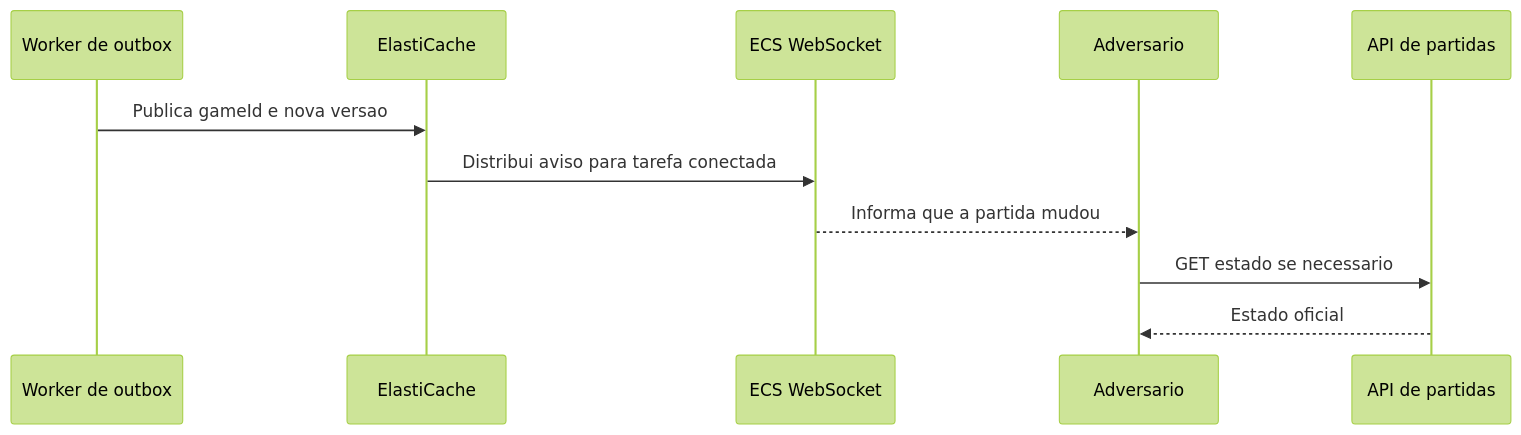
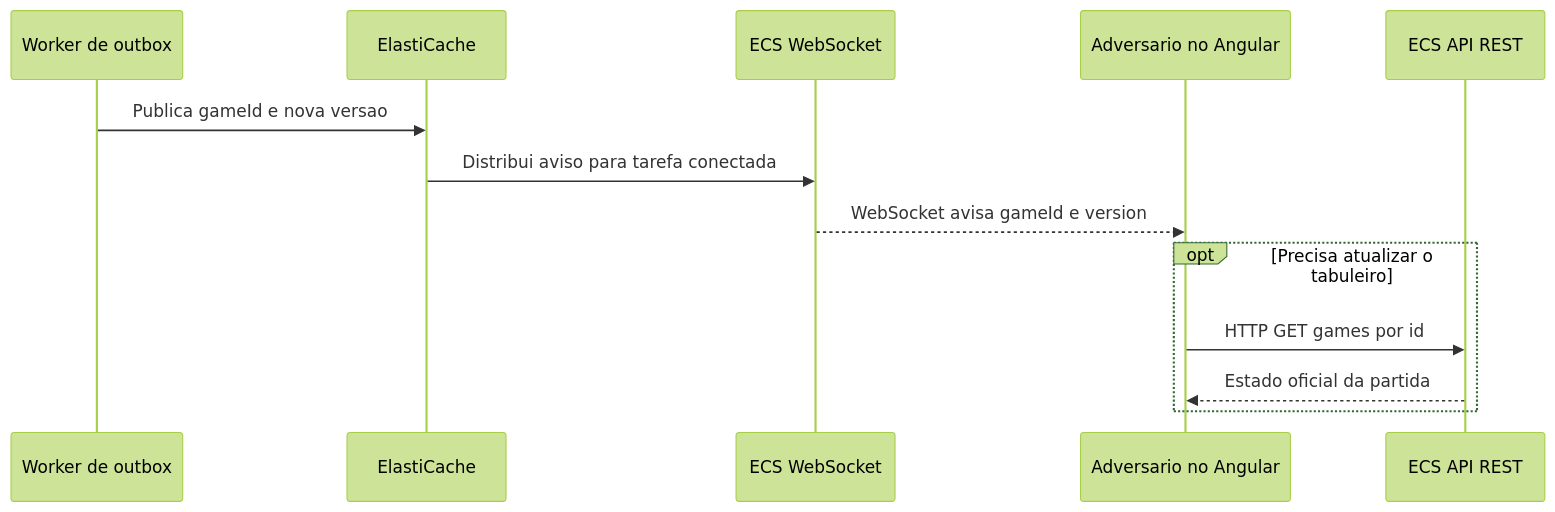
Before and after one commit to ralvesper/checkers-aws: the third of 3 diagrams in docs/diagrams/application-architecture.md, drawn with Mermaid (forest theme). The commit also changed other lines of this file, not shown here.

Commit message:
docs: esclarecer aviso WebSocket e consulta REST do adversário

````diff
--- a/docs/diagrams/application-architecture.md
+++ b/docs/diagrams/application-architecture.md
@@ -67,13 +67,15 @@
 ```mermaid
 sequenceDiagram
     participant O as Worker de outbox
     participant R as ElastiCache
     participant W as ECS WebSocket
-    participant B as Adversario
-    participant API as API de partidas
+    participant B as Adversario no Angular
+    participant API as ECS API REST
     O->>R: Publica gameId e nova versao
     R->>W: Distribui aviso para tarefa conectada
-    W-->>B: Informa que a partida mudou
-    B->>API: GET estado se necessario
-    API-->>B: Estado oficial
+    W-->>B: WebSocket avisa gameId e version
+    opt Precisa atualizar o tabuleiro
+        B->>API: HTTP GET games por id
+        API-->>B: Estado oficial da partida
+    end
 ```
````
